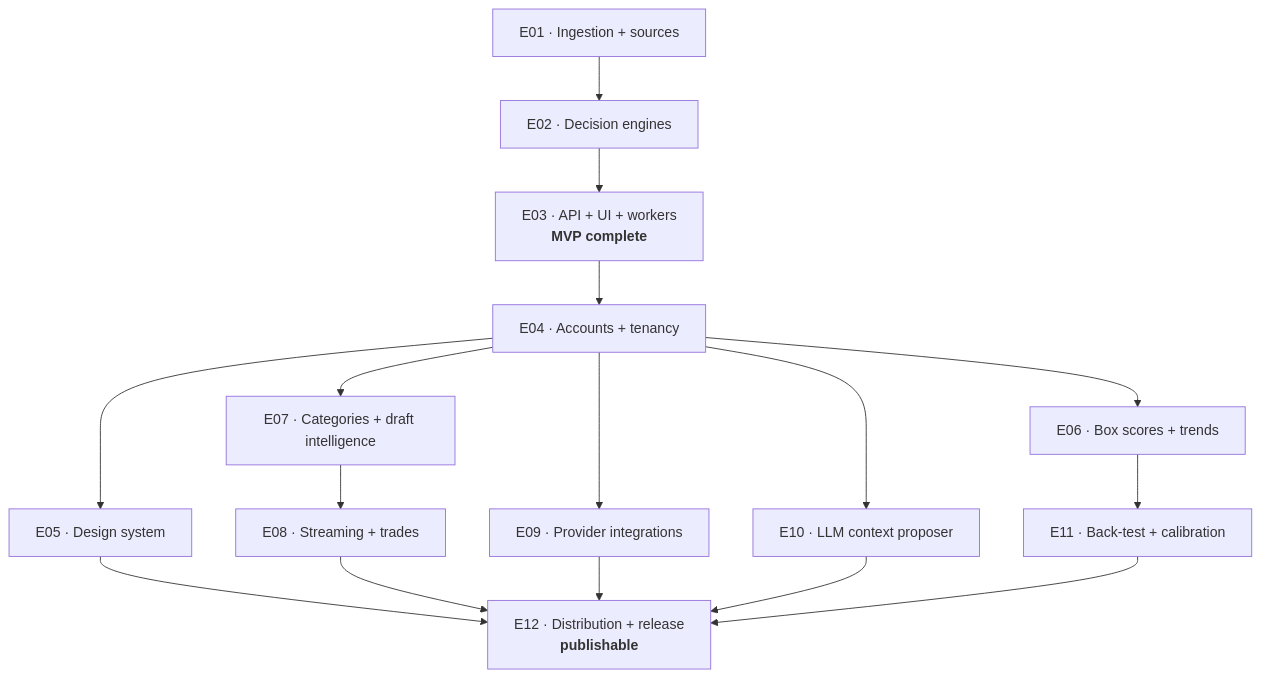
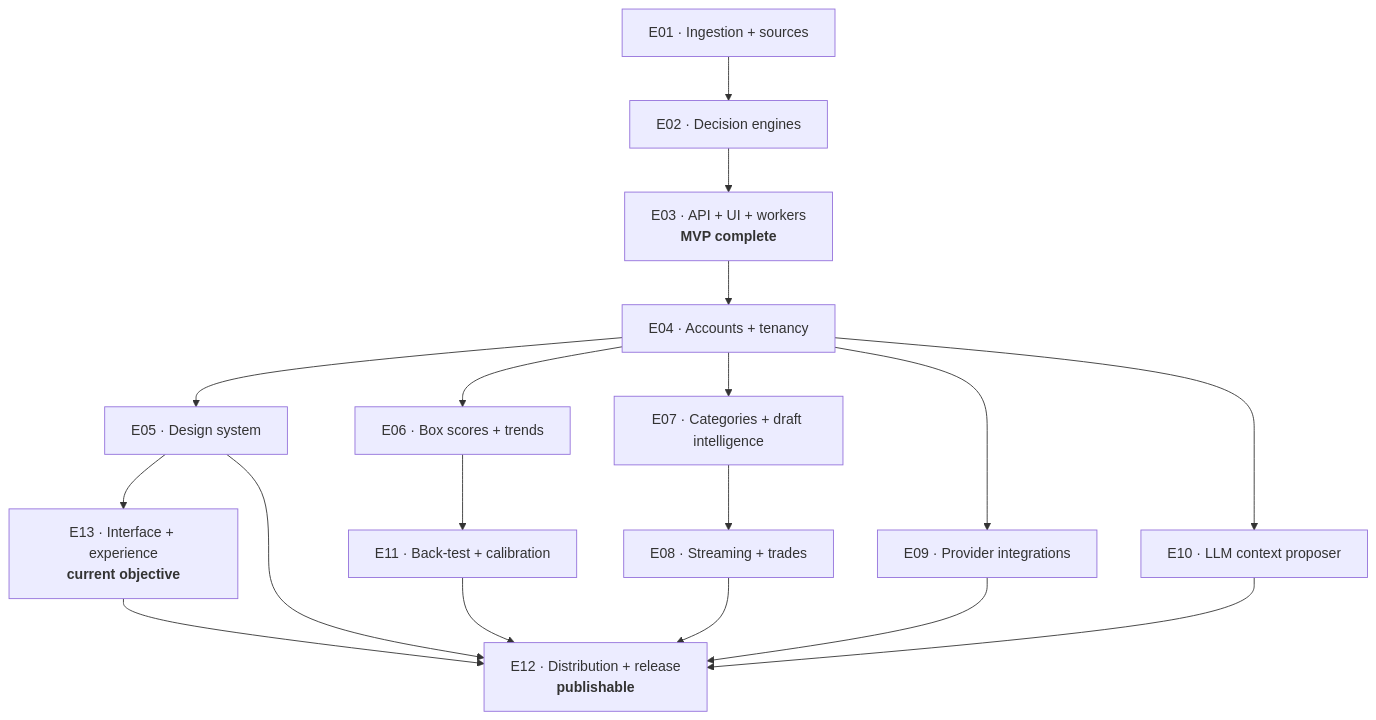
Before and after one commit to Skipa776/basketball-advisor: the diagram in docs/epics/README.md, drawn with Mermaid. The commit also changed other lines of this file and 13 other files, not shown here.

First line of the commit message:
docs(okf): make interface quality the objective — R23, epic E13

````diff
--- a/docs/epics/README.md
+++ b/docs/epics/README.md
@@ -13,18 +14,20 @@
 ```mermaid
 graph TD
     E01[E01 · Ingestion + sources] --> E02[E02 · Decision engines]
     E02 --> E03[E03 · API + UI + workers<br/><b>MVP complete</b>]
     E03 --> E04[E04 · Accounts + tenancy]
     E04 --> E05[E05 · Design system]
     E04 --> E06[E06 · Box scores + trends]
     E04 --> E07[E07 · Categories + draft intelligence]
     E04 --> E09[E09 · Provider integrations]
     E04 --> E10[E10 · LLM context proposer]
     E07 --> E08[E08 · Streaming + trades]
     E06 --> E11[E11 · Back-test + calibration]
+    E05 --> E13[E13 · Interface + experience<br/><b>current objective</b>]
     E05 --> E12[E12 · Distribution + release<br/><b>publishable</b>]
     E08 --> E12
     E09 --> E12
     E10 --> E12
     E11 --> E12
+    E13 --> E12
 ```
````
